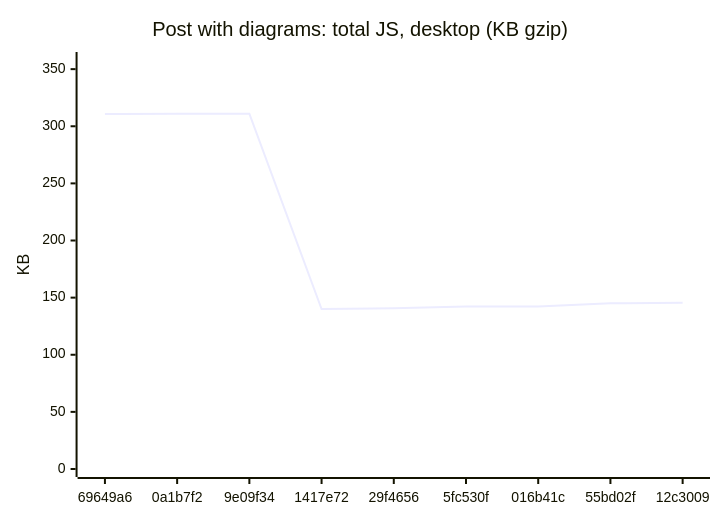
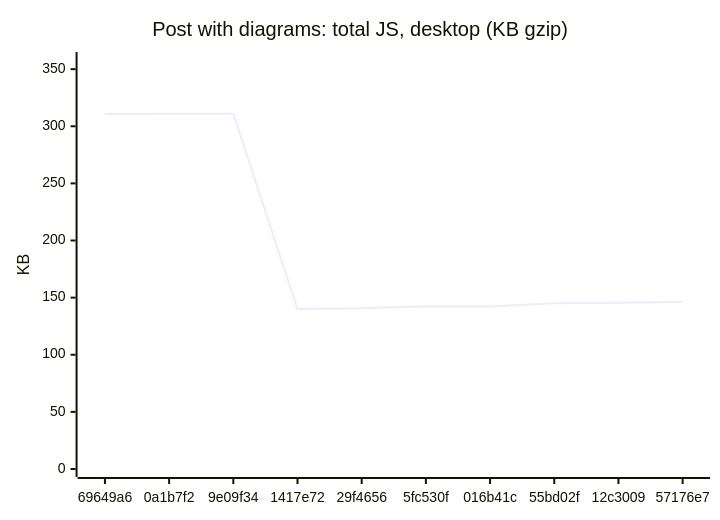
Before and after one commit to AxelUser/maltsev.space: diagram 15 of 18 in README.md, drawn with Mermaid. The commit also changed other lines of this file and 1 other file, not shown here.

````diff
--- a/README.md
+++ b/README.md
@@ -161,7 +161,7 @@
 ```mermaid
 xychart-beta
   title "Post with diagrams: total JS, desktop (KB gzip)"
-  x-axis ["69649a6", "0a1b7f2", "9e09f34", "1417e72", "29f4656", "5fc530f", "016b41c", "55bd02f", "12c3009"]
+  x-axis ["69649a6", "0a1b7f2", "9e09f34", "1417e72", "29f4656", "5fc530f", "016b41c", "55bd02f", "12c3009", "57176e7"]
   y-axis "KB" 0 --> 358
-  line [310.7, 311, 311, 140, 140.8, 142.3, 142.3, 145, 145.6]
+  line [310.7, 311, 311, 140, 140.8, 142.3, 142.3, 145, 145.6, 146.1]
 ```
````
